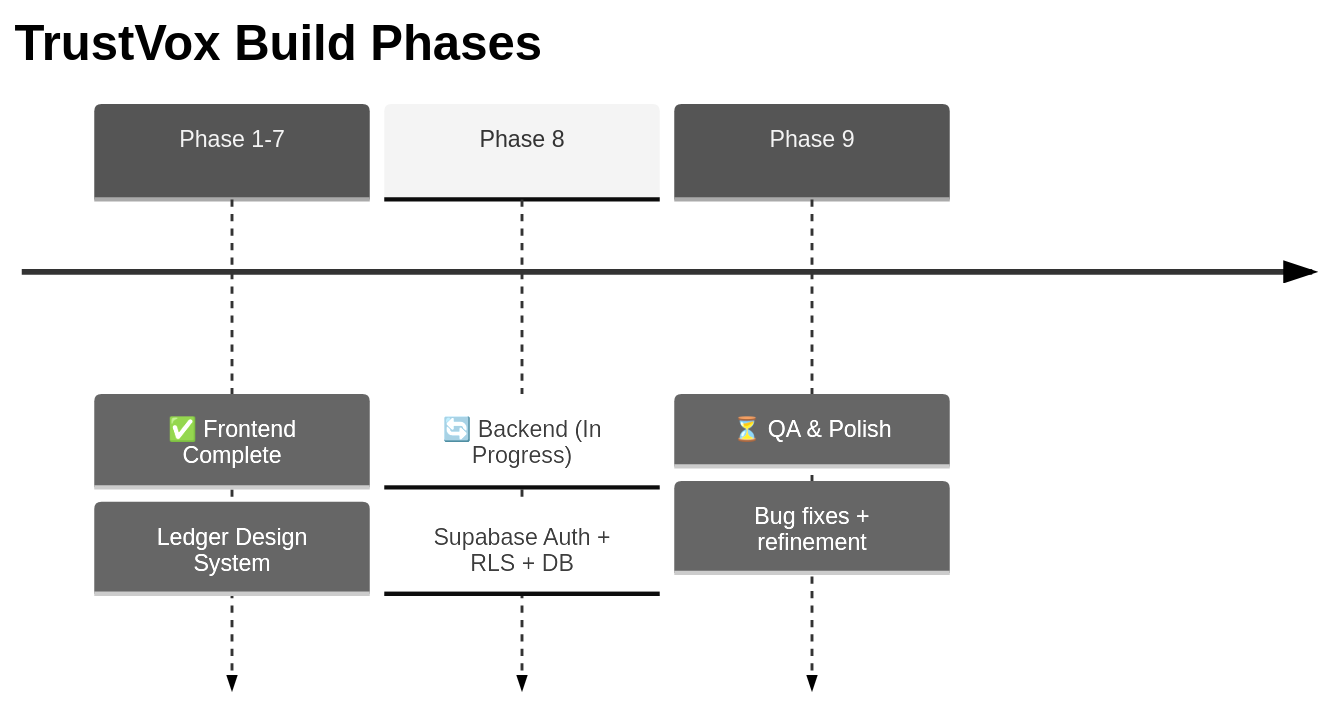
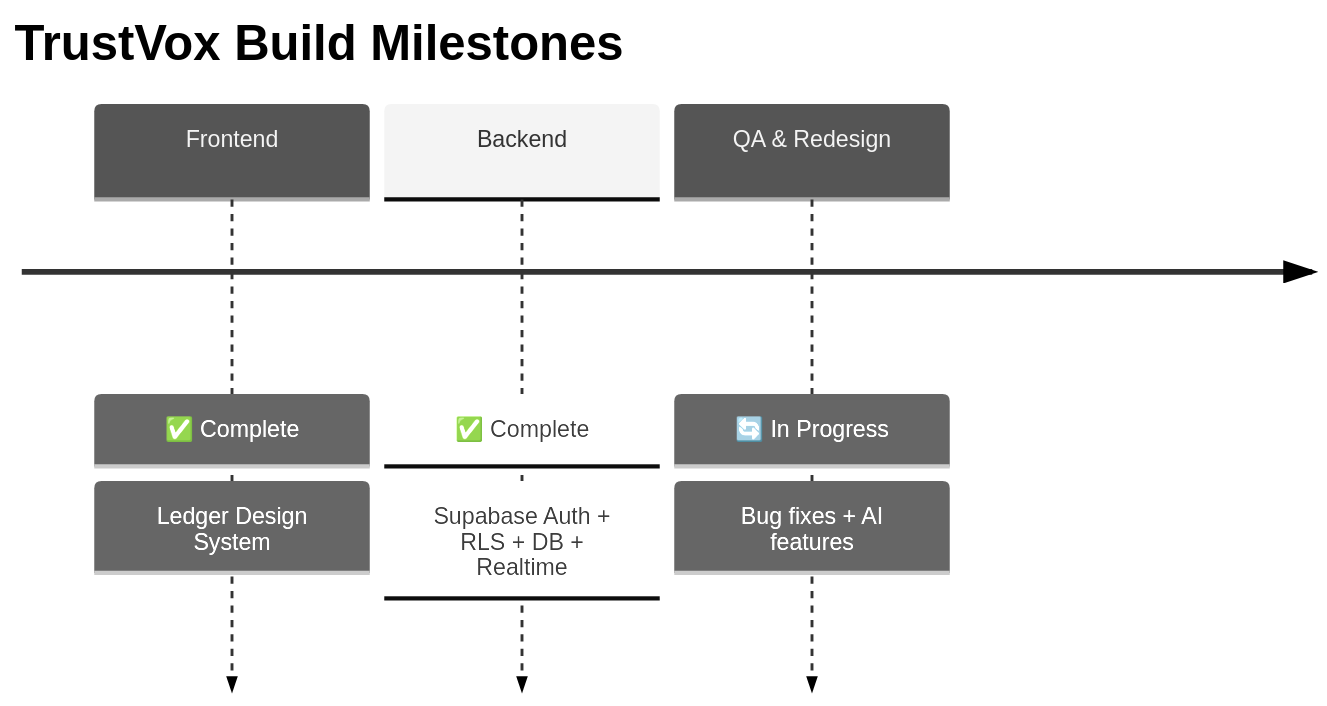
One commit to FANATICAL-SCOUT/TrustVox changed the second of 3 diagrams in README.md. Above: the diagram before and after it, drawn with Mermaid (neutral theme). The commit also changed other lines of this file, not shown here.

````diff
--- a/README.md
+++ b/README.md
@@ -61,7 +61,7 @@
 ```mermaid
 timeline
-    title TrustVox Build Phases
-    Phase 1-7 : ✅ Frontend Complete : Ledger Design System
-    Phase 8 : 🔄 Backend (In Progress) : Supabase Auth + RLS + DB
-    Phase 9 : ⏳ QA & Polish : Bug fixes + refinement
+    title TrustVox Build Milestones
+    Frontend : ✅ Complete : Ledger Design System
+    Backend : ✅ Complete : Supabase Auth + RLS + DB + Realtime
+    QA & Redesign : 🔄 In Progress : Bug fixes + AI features
 ```
````
